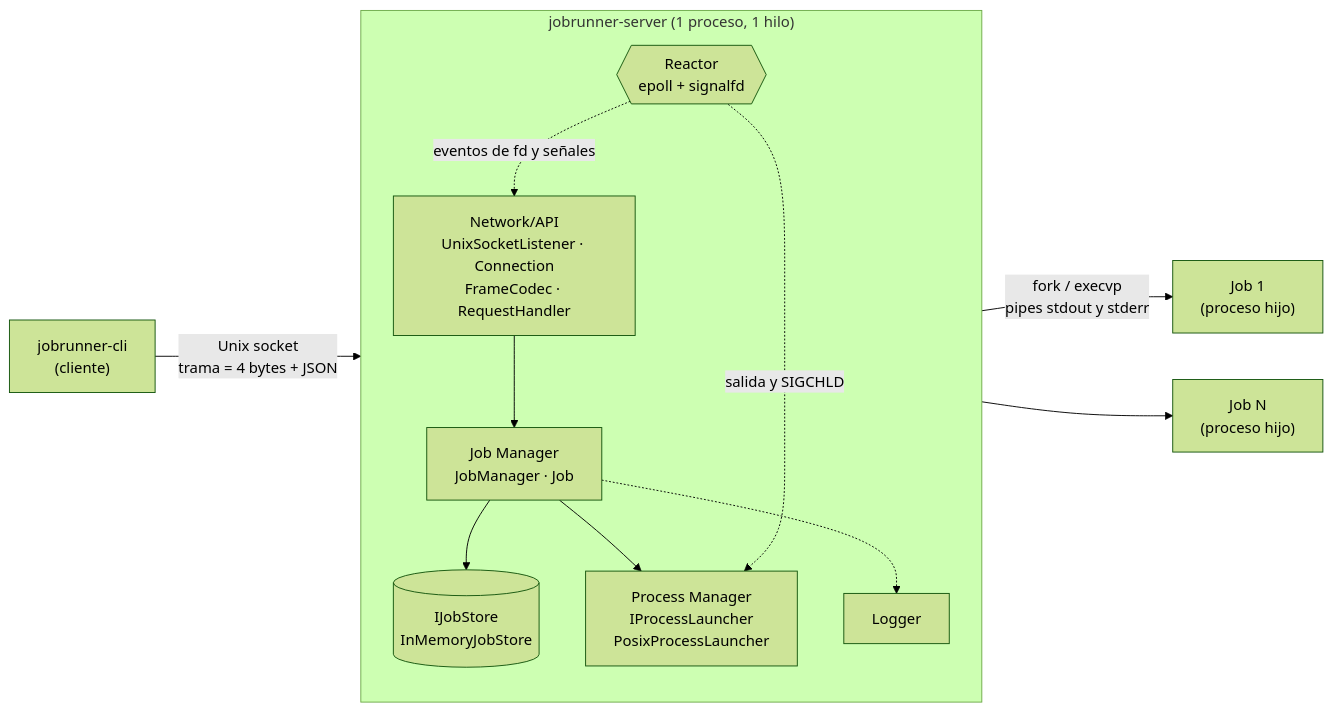
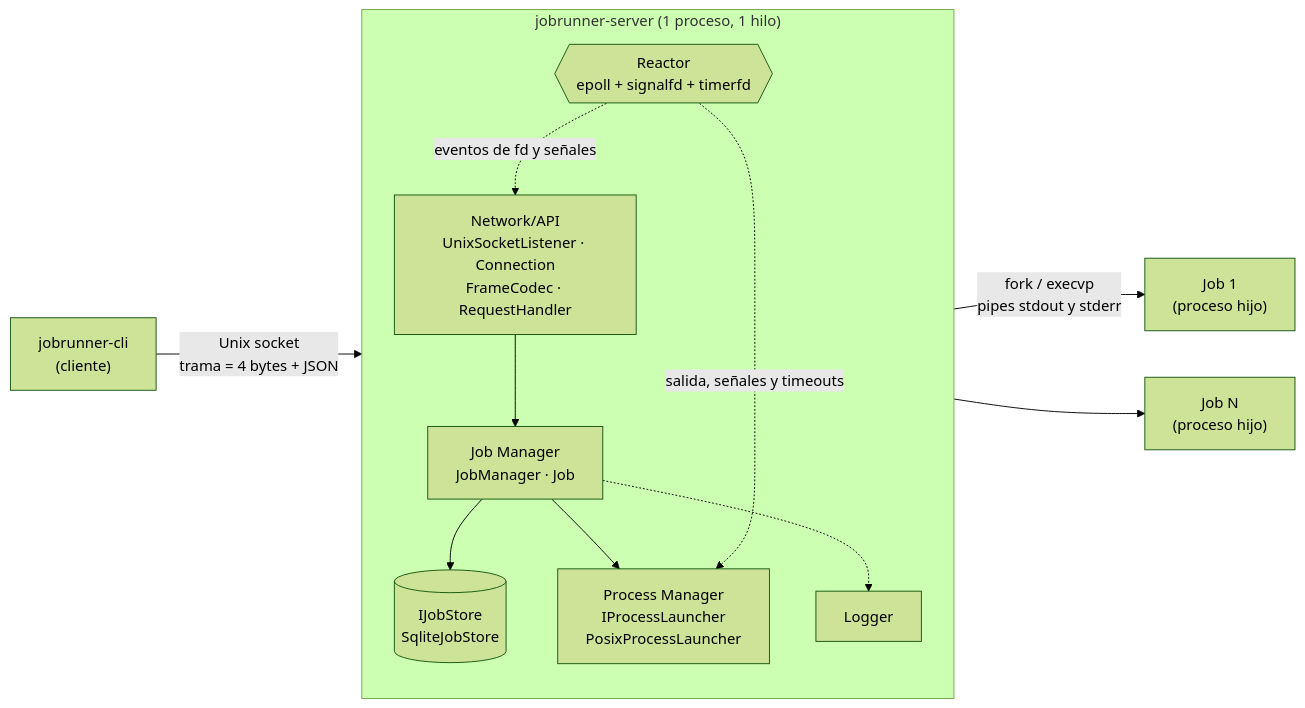
One commit to albertgatez/JobRunner changed the first of 4 diagrams in docs/technical-guide/arquitectura.md. Above: the diagram before and after it, drawn with Mermaid (forest theme). The commit also changed other lines of this file and 9 other files, not shown here.

````diff
--- a/docs/technical-guide/arquitectura.md
+++ b/docs/technical-guide/arquitectura.md
@@ -11,23 +11,23 @@
 ```mermaid
 flowchart LR
     CLI["jobrunner-cli<br/>(cliente)"] -- "Unix socket<br/>trama = 4 bytes + JSON" --> NET
 
     subgraph SRV["jobrunner-server (1 proceso, 1 hilo)"]
         direction TB
         NET["Network/API<br/>UnixSocketListener · Connection<br/>FrameCodec · RequestHandler"]
         JM["Job Manager<br/>JobManager · Job"]
-        STORE[("IJobStore<br/>InMemoryJobStore")]
+        STORE[("IJobStore<br/>SqliteJobStore")]
         PL["Process Manager<br/>IProcessLauncher<br/>PosixProcessLauncher"]
         LOG["Logger"]
-        RX{{"Reactor<br/>epoll + signalfd"}}
+        RX{{"Reactor<br/>epoll + signalfd + timerfd"}}
         NET --> JM
         JM --> STORE
         JM --> PL
         JM -.-> LOG
         RX -. "eventos de fd y señales" .-> NET
-        RX -. "salida y SIGCHLD" .-> PL
+        RX -. "salida, señales y timeouts" .-> PL
     end
 
     PL -- "fork / execvp<br/>pipes stdout y stderr" --> P1["Job 1<br/>(proceso hijo)"]
     PL --> P2["Job N<br/>(proceso hijo)"]
 ```
````
